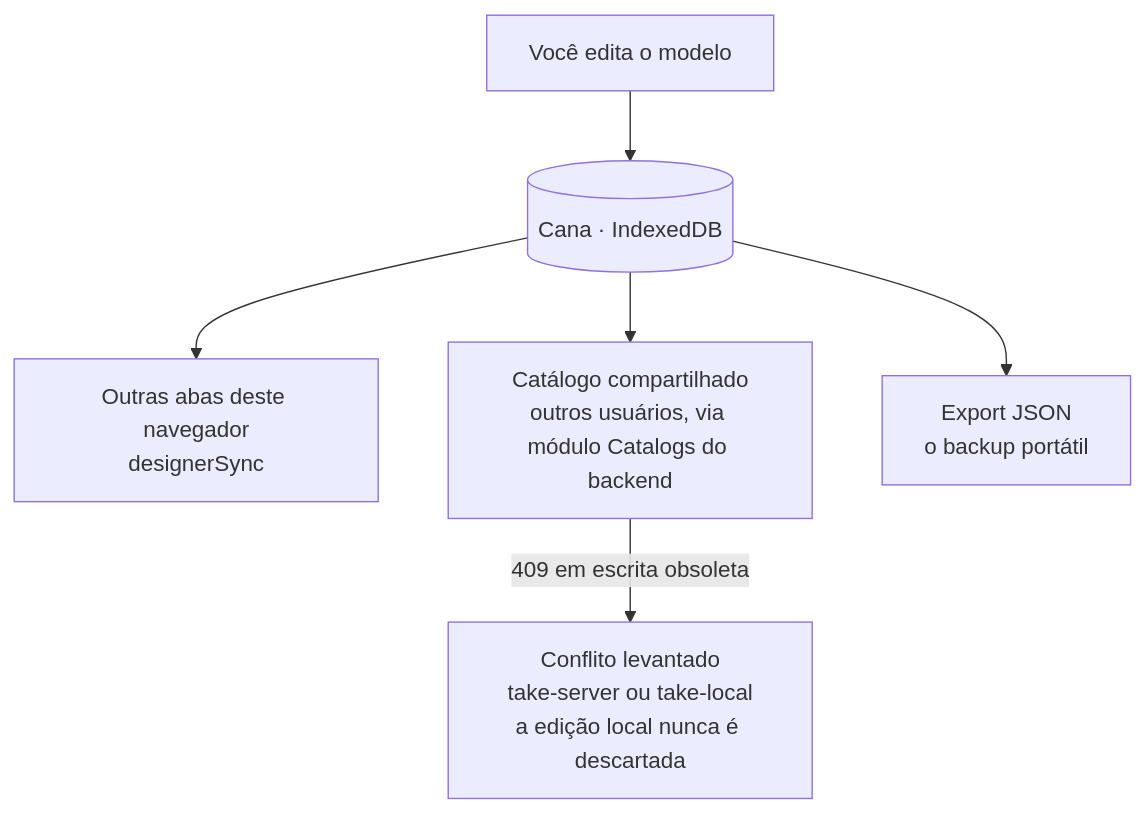
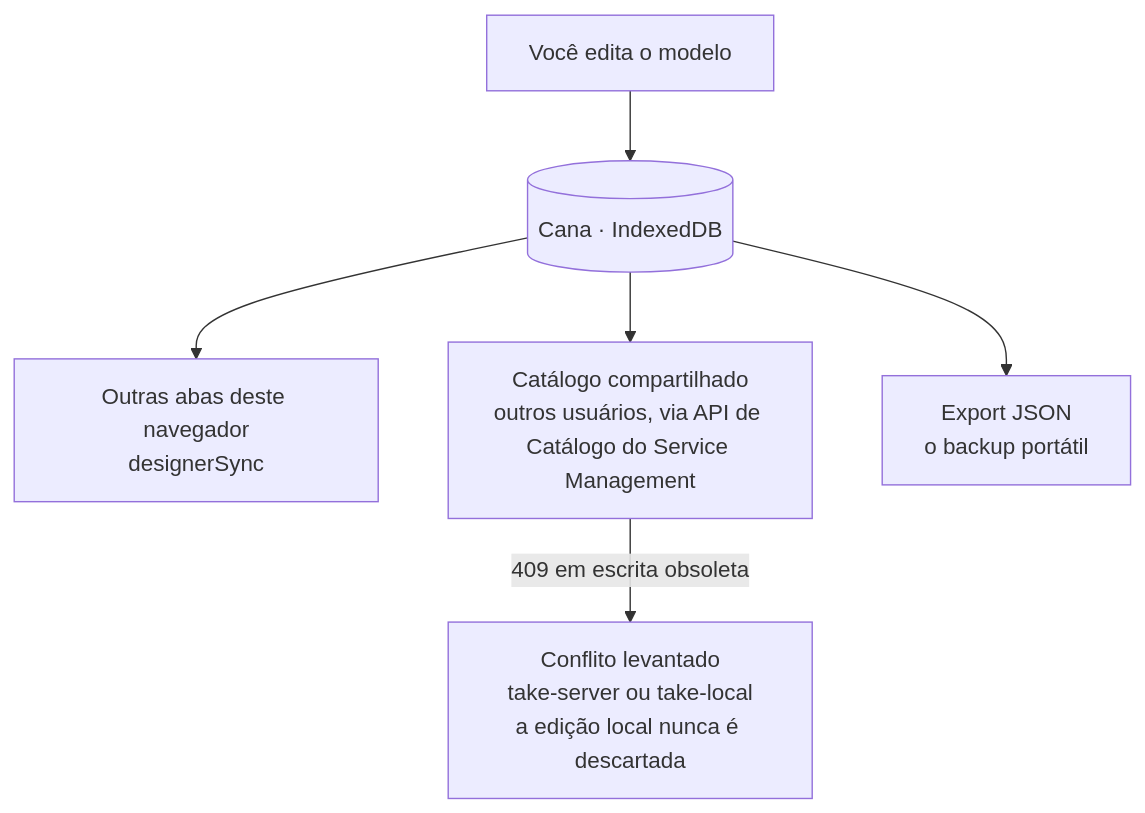
The fifth of 6 diagrams in apps/jumentix-website/content/pt-BR/jumentix/guides/service-management.mdx (web2solutions/Jumentix), drawn with Mermaid before and after one commit. The commit also changed 150 other files, not shown here.

Commit message:
refactor(service-management): extract catalog ownership

````diff
--- a/apps/jumentix-website/content/pt-BR/jumentix/guides/service-management.mdx
+++ b/apps/jumentix-website/content/pt-BR/jumentix/guides/service-management.mdx
@@ -585,8 +585,8 @@
 ```mermaid
 flowchart TB
   EDIT["Você edita o modelo"] --> STORE[("Cana · IndexedDB")]
   STORE --> TABS["Outras abas deste navegador<br/>designerSync"]
-  STORE --> CAT["Catálogo compartilhado<br/>outros usuários, via módulo Catalogs do backend"]
+  STORE --> CAT["Catálogo compartilhado<br/>outros usuários, via API de Catálogo do Service Management"]
   STORE --> EXPORT["Export JSON<br/>o backup portátil"]
   CAT -->|409 em escrita obsoleta| CONFLICT["Conflito levantado<br/>take-server ou take-local<br/>a edição local nunca é descartada"]
 ```
````
